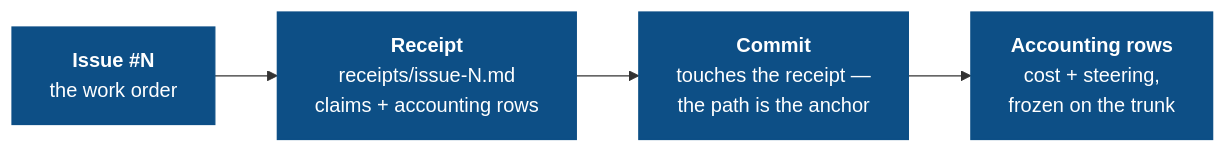
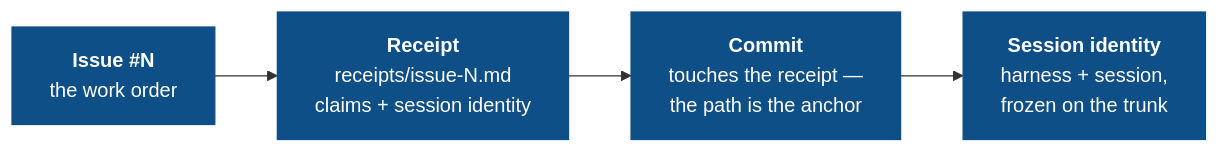
One commit to Duaility/governance-kit changed the diagram in docs/concepts/audit-chain.mdx. Above: the diagram before and after it, drawn with Mermaid. The commit also changed other lines of this file and 93 other files, not shown here.

First line of the commit message:
feat(audit): replace transcript accounting with session identity (#365)

````diff
--- a/docs/concepts/audit-chain.mdx
+++ b/docs/concepts/audit-chain.mdx
@@ -12,12 +12,12 @@
 ```mermaid
 flowchart LR
     I["<b>Issue #N</b><br/>the work order"]
-    R["<b>Receipt</b><br/>receipts/issue-N.md<br/>claims + accounting rows"]
+    R["<b>Receipt</b><br/>receipts/issue-N.md<br/>claims + session identity"]
     C["<b>Commit</b><br/>touches the receipt —<br/>the path is the anchor"]
-    CO["<b>Accounting rows</b><br/>cost + steering,<br/>frozen on the trunk"]
+    S["<b>Session identity</b><br/>harness + session,<br/>frozen on the trunk"]
 
-    I --> R --> C --> CO
+    I --> R --> C --> S
 
     classDef chain fill:#0d4f86,stroke:#0d4f86,color:#ffffff
-    class I,R,C,CO chain
+    class I,R,C,S chain
 ```
````
